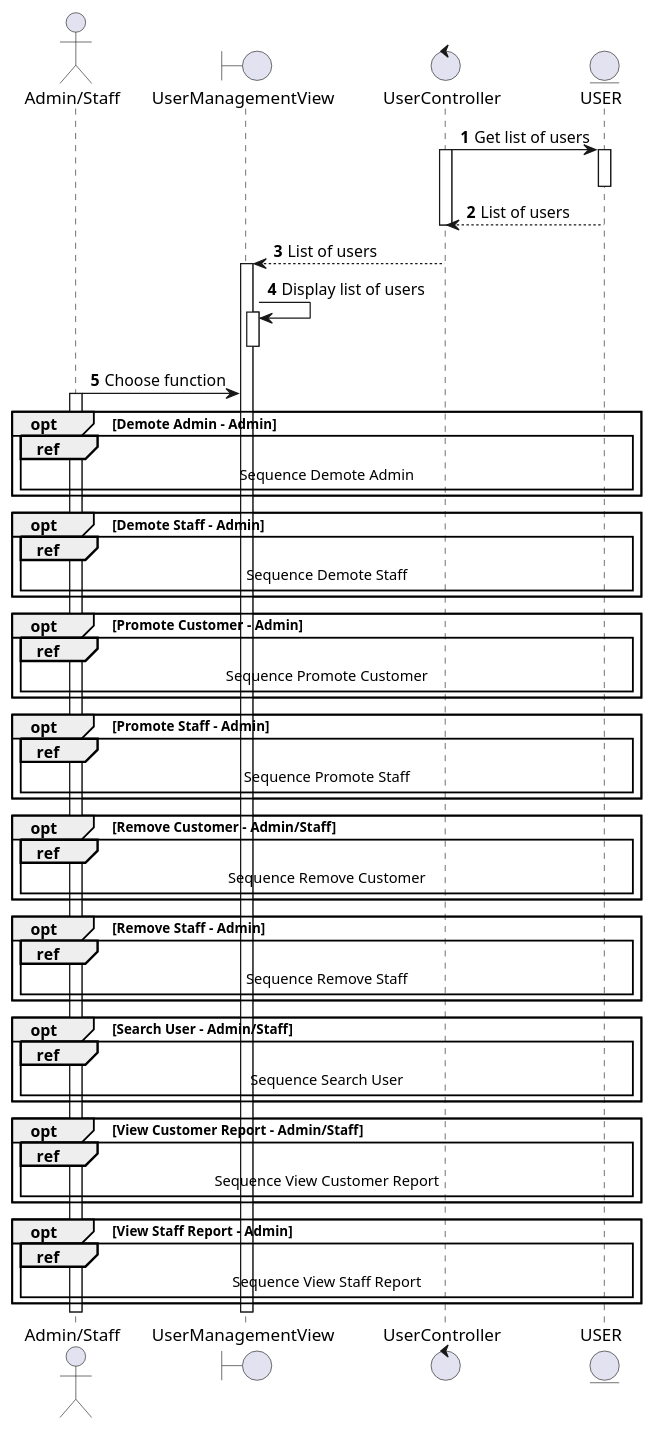
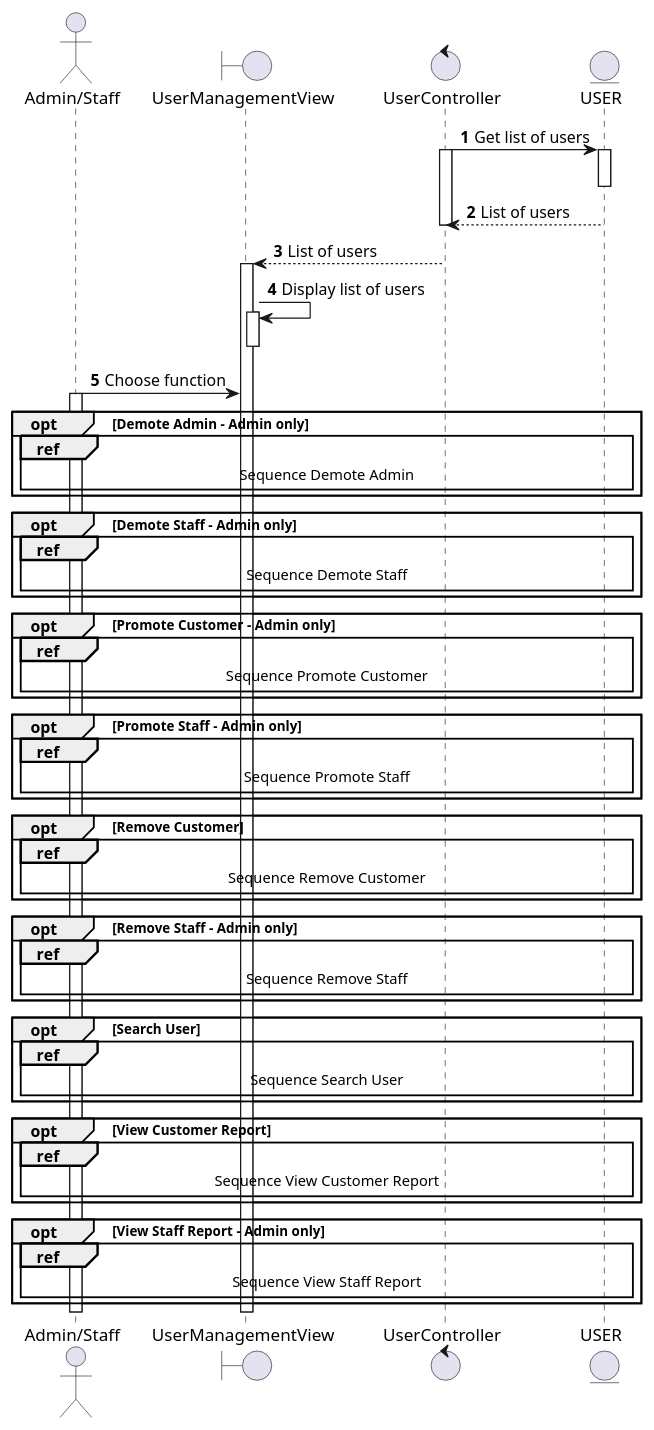
One commit to electricilies/electricilies.github.io changed the diagram in docs/docs/sequence/manage-user/manage-user.md. Above: the diagram before and after it, drawn with PlantUML. The commit also changed 5 other files, not shown here.

````diff
--- a/docs/docs/sequence/manage-user/manage-user.md
+++ b/docs/docs/sequence/manage-user/manage-user.md
@@ -3,64 +3,64 @@
 ```plantuml
 @startuml
 autonumber
 
 actor "Admin/Staff" as AS
 boundary UserManagementView as UMV
 control UserController as UC
 entity USER as U
 
 UC -> U: Get list of users
 activate UC
 activate U
 deactivate U
 UC <-- U: List of users
 deactivate UC
 UMV <-- UC: List of users
 activate UMV
 UMV -> UMV: Display list of users
 activate UMV
 deactivate UMV
 AS -> UMV: Choose function
 activate AS
 
-opt Demote Admin - Admin
+opt Demote Admin - Admin only
   ref over AS, U: Sequence Demote Admin
 end
 
-opt Demote Staff - Admin
+opt Demote Staff - Admin only
   ref over AS, U: Sequence Demote Staff
 end
 
-opt Promote Customer - Admin
+opt Promote Customer - Admin only
   ref over AS, U: Sequence Promote Customer
 end
 
-opt Promote Staff - Admin
+opt Promote Staff - Admin only
   ref over AS, U: Sequence Promote Staff
 end
 
-opt Remove Customer - Admin/Staff
+opt Remove Customer
   ref over AS, U: Sequence Remove Customer
 end
 
-opt Remove Staff - Admin
+opt Remove Staff - Admin only
   ref over AS, U: Sequence Remove Staff
 end
 
-opt Search User - Admin/Staff
+opt Search User
   ref over AS, U: Sequence Search User
 end
 
-opt View Customer Report - Admin/Staff
+opt View Customer Report
   ref over AS, U: Sequence View Customer Report
 end
 
-opt View Staff Report - Admin
+opt View Staff Report - Admin only
   ref over AS, U: Sequence View Staff Report
 end
 
 deactivate UMV
 deactivate AS
 
 @enduml
 ```
````
